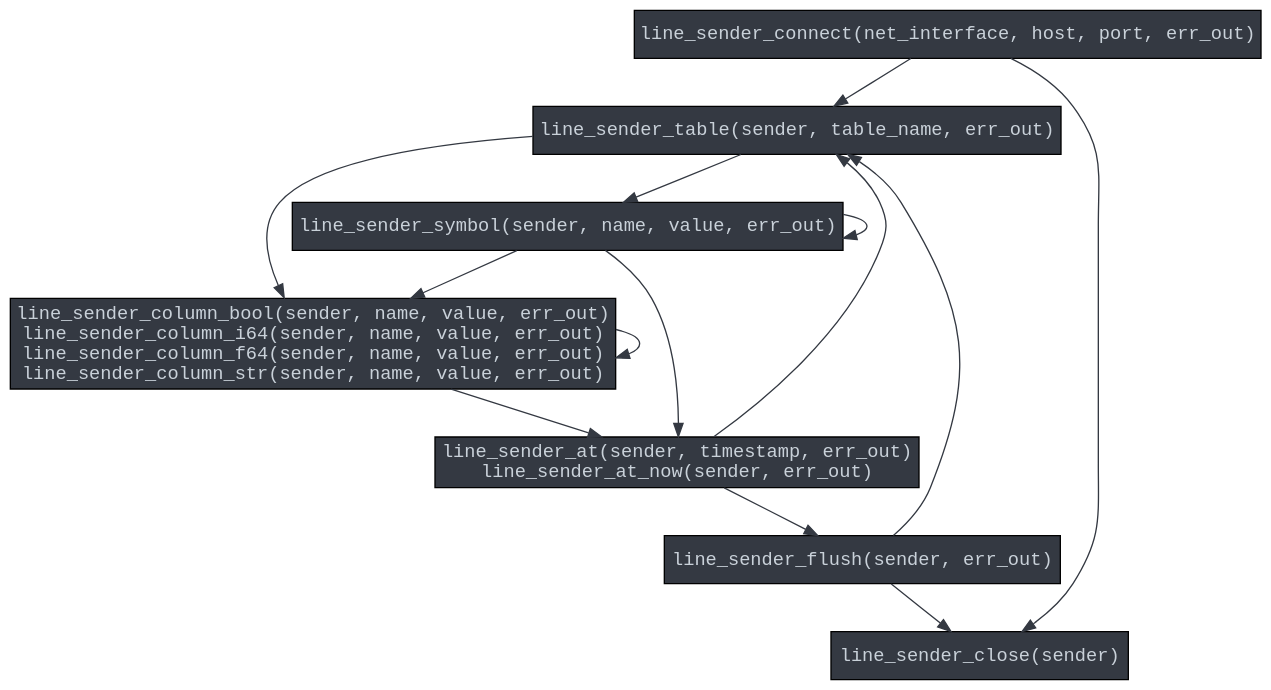
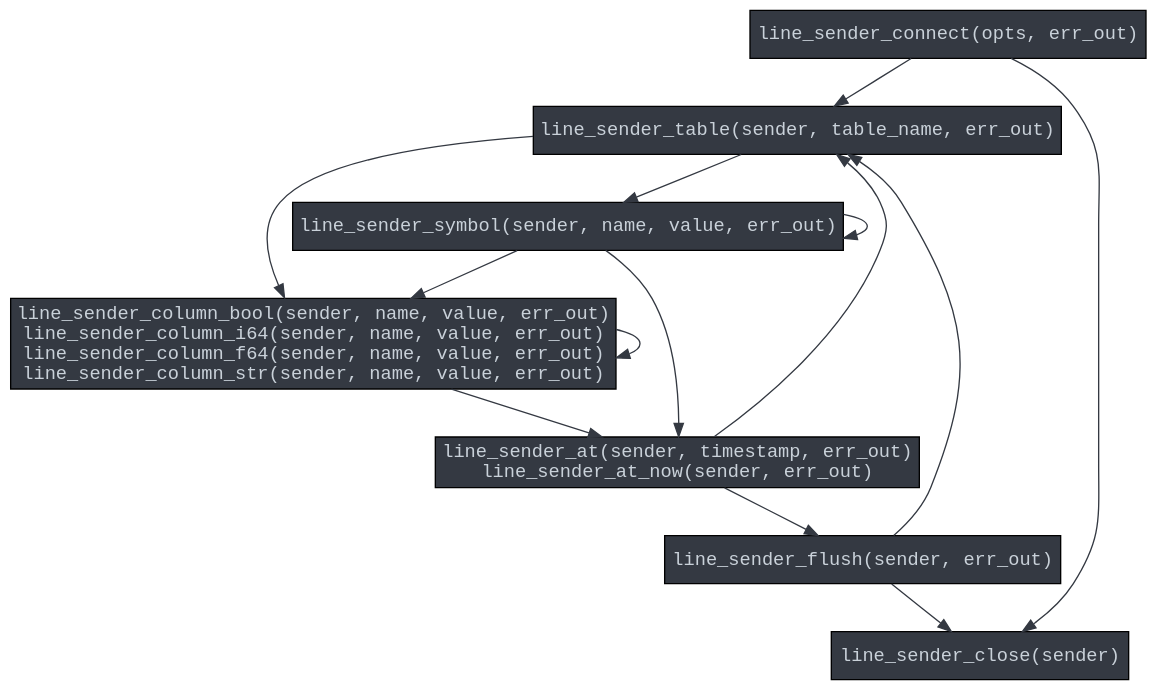
The diagram in api_seq/c.dot (questdb/c-questdb-client), drawn with Graphviz before and after one commit. The commit also changed 4 other files, not shown here.

```diff
--- a/api_seq/c.dot
+++ b/api_seq/c.dot
@@ -1,34 +1,34 @@
 digraph line_sender_c_api {
 
   graph [bgcolor=transparent];
   node [style=filled, shape=box, fillcolor="#343942", fontcolor="#C9D1D9", fontname=monospace];
   edge [color="#343942"];
 
   line_sender_connect -> line_sender_table;
   line_sender_connect -> line_sender_close;
   line_sender_table -> line_sender_symbol;
   line_sender_symbol -> line_sender_symbol;
   line_sender_symbol -> line_sender_column;
   line_sender_symbol -> line_sender_at;
   line_sender_table -> line_sender_column;
   line_sender_column -> line_sender_column;
   line_sender_column -> line_sender_at;
   line_sender_at -> line_sender_flush;
   line_sender_flush -> line_sender_close;
   line_sender_at -> line_sender_table;
   line_sender_flush -> line_sender_table;
 
-  line_sender_connect [label="line_sender_connect(net_interface, host, port, err_out)"];
+  line_sender_connect [label="line_sender_connect(opts, err_out)"];
   line_sender_table [label="line_sender_table(sender, table_name, err_out)"];
   line_sender_symbol [label="line_sender_symbol(sender, name, value, err_out)"];
   line_sender_column [
       label="line_sender_column_bool(sender, name, value, err_out)
 line_sender_column_i64(sender, name, value, err_out)
 line_sender_column_f64(sender, name, value, err_out)
 line_sender_column_str(sender, name, value, err_out)"];
   line_sender_at [
       label="line_sender_at(sender, timestamp, err_out)
 line_sender_at_now(sender, err_out)"];
   line_sender_flush [label="line_sender_flush(sender, err_out)"];
   line_sender_close [label="line_sender_close(sender)"];
 }
```
